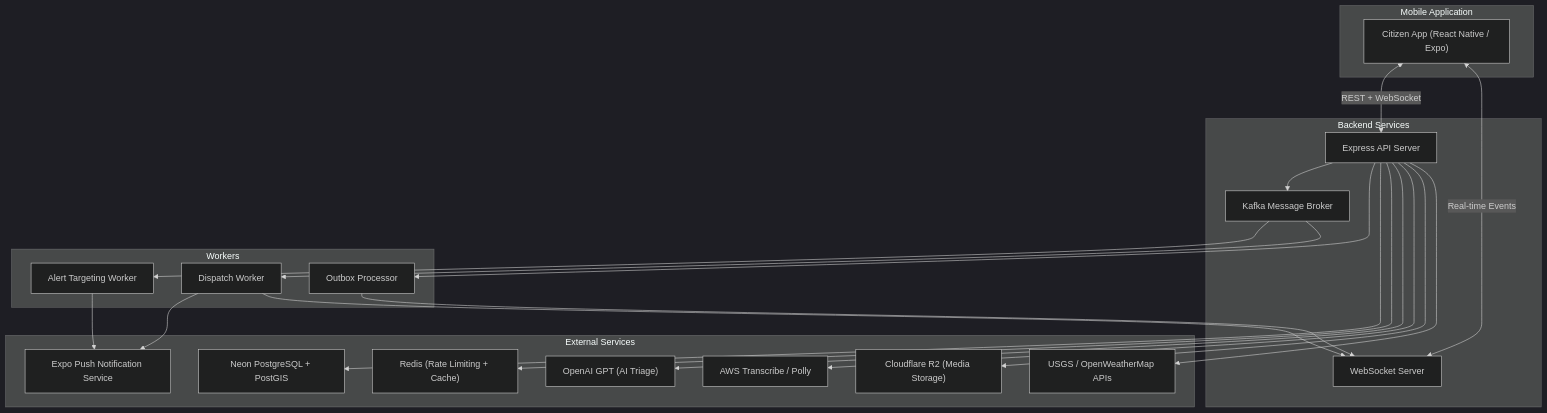
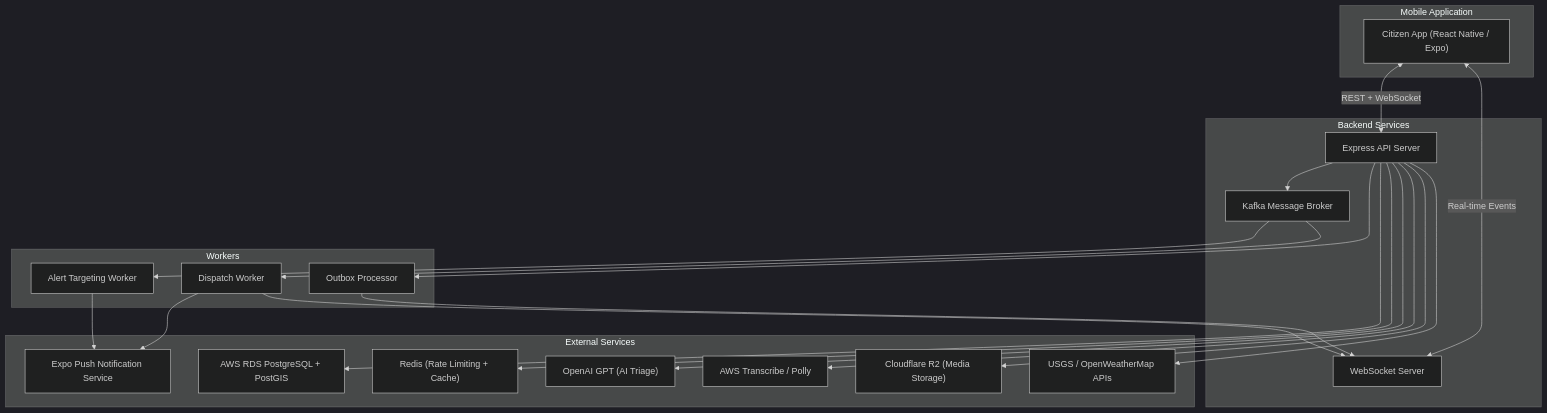
The first of 9 diagrams in README.md (neutron420/RakshaSetu), drawn with Mermaid (dark theme) before and after one commit. The commit also changed other lines of this file, not shown here.

Commit message:
fix: update README to reflect changes in backend technology and AWS services

````diff
--- a/README.md
+++ b/README.md
@@ -47,45 +47,45 @@
 ```mermaid
 graph TB
     subgraph "Mobile Application"
         A["Citizen App (React Native / Expo)"]
     end
 
     subgraph "Backend Services"
         B["Express API Server"]
         C["WebSocket Server"]
         D["Kafka Message Broker"]
     end
 
     subgraph "Workers"
         E["Alert Targeting Worker"]
         F["Dispatch Worker"]
         G["Outbox Processor"]
     end
 
     subgraph "External Services"
-        H["Neon PostgreSQL + PostGIS"]
+        H["AWS RDS PostgreSQL + PostGIS"]
         I["Redis (Rate Limiting + Cache)"]
         J["OpenAI GPT (AI Triage)"]
         K["AWS Transcribe / Polly"]
         L["Cloudflare R2 (Media Storage)"]
         M["Expo Push Notification Service"]
         N["USGS / OpenWeatherMap APIs"]
     end
 
     A <-->|REST + WebSocket| B
     A <-->|Real-time Events| C
     B --> D
     D --> E
     D --> F
     B --> G
     B --> H
     B --> I
     B --> J
     B --> K
     B --> L
     E --> M
     F --> M
     F --> C
     G --> C
     B --> N
 ```
````
